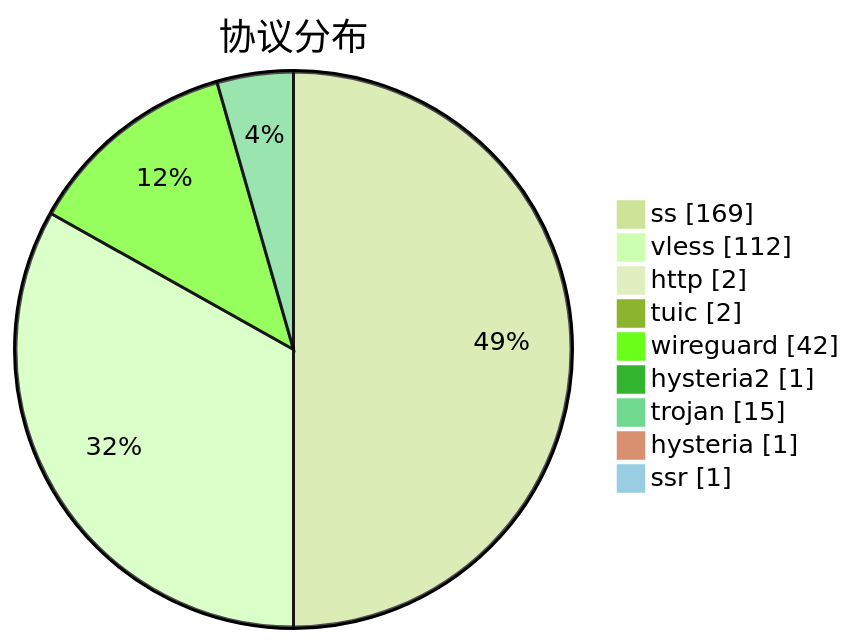
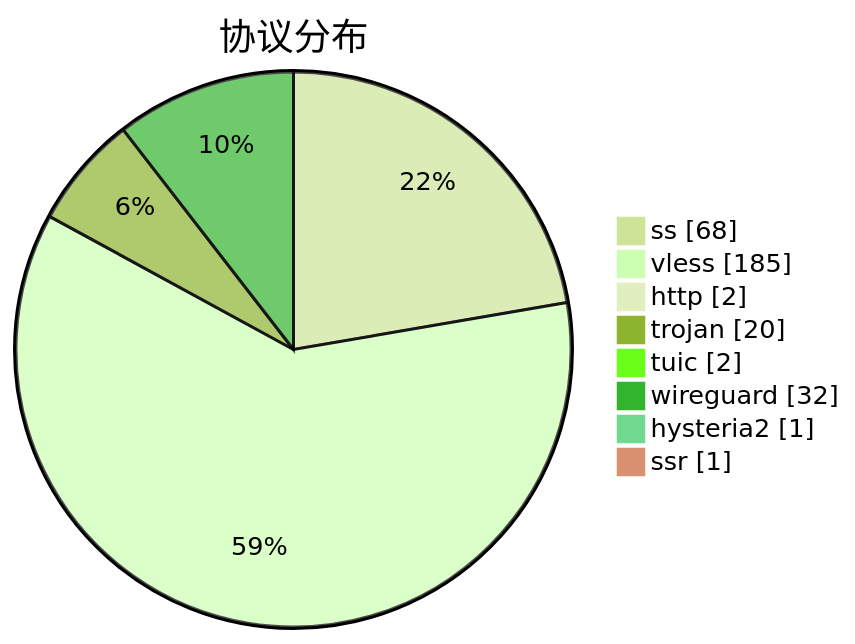
Before and after one commit to qjlxg/airport: the third of 3 diagrams in subs/statistics/tested_within.md, drawn with Mermaid (forest theme). The commit also changed other lines of this file and 2 other files, not shown here.

````diff
--- a/subs/statistics/tested_within.md
+++ b/subs/statistics/tested_within.md
@@ -32,13 +33,12 @@
 ```mermaid
 pie showData
 title 协议分布
-"ss" : 169
-"vless" : 112
+"ss" : 68
+"vless" : 185
 "http" : 2
+"trojan" : 20
 "tuic" : 2
-"wireguard" : 42
+"wireguard" : 32
 "hysteria2" : 1
-"trojan" : 15
-"hysteria" : 1
 "ssr" : 1
 ```
````
